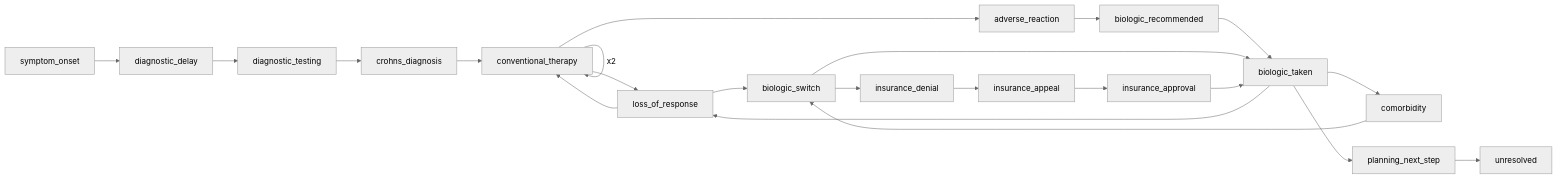
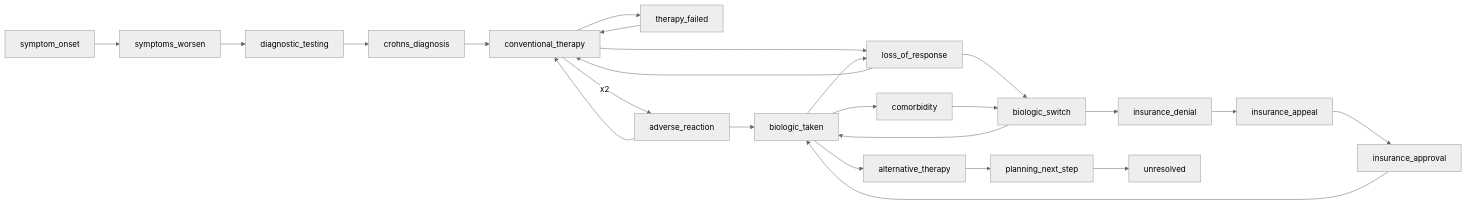
One commit to carecodeconnect/crohnicity changed diagram 29 of 50 in docs/referral_pathways.md. Above: the diagram before and after it, drawn with Mermaid. The commit also changed other lines of this file and 107 other files, not shown here.

````diff
--- a/docs/referral_pathways.md
+++ b/docs/referral_pathways.md
@@ -1074,41 +1091,44 @@
 ``` mermaid
 %%{init: {'theme':'neutral'}}%%
 flowchart LR
     n0["symptom_onset"]
-    n1["diagnostic_delay"]
+    n1["symptoms_worsen"]
     n2["diagnostic_testing"]
     n3["crohns_diagnosis"]
     n4["conventional_therapy"]
-    n5["loss_of_response"]
+    n5["therapy_failed"]
     n6["adverse_reaction"]
-    n7["biologic_recommended"]
+    n7["loss_of_response"]
     n8["biologic_taken"]
     n9["biologic_switch"]
     n10["comorbidity"]
     n11["insurance_denial"]
     n12["insurance_appeal"]
     n13["insurance_approval"]
-    n14["planning_next_step"]
-    n15["unresolved"]
+    n14["alternative_therapy"]
+    n15["planning_next_step"]
+    n16["unresolved"]
     n0 -->n1
     n1 -->n2
     n2 -->n3
     n3 -->n4
-    n4 -->|x2| n4
     n4 -->n5
     n5 -->n4
-    n4 -->n6
-    n6 -->n7
-    n7 -->n8
-    n8 -->n5
-    n5 -->n9
+    n4 -->|x2| n6
+    n6 -->n4
+    n4 -->n7
+    n7 -->n4
+    n6 -->n8
+    n8 -->n7
+    n7 -->n9
     n9 -->n8
     n8 -->n10
     n10 -->n9
     n9 -->n11
     n11 -->n12
     n12 -->n13
     n13 -->n8
     n8 -->n14
     n14 -->n15
+    n15 -->n16
 ```
````
